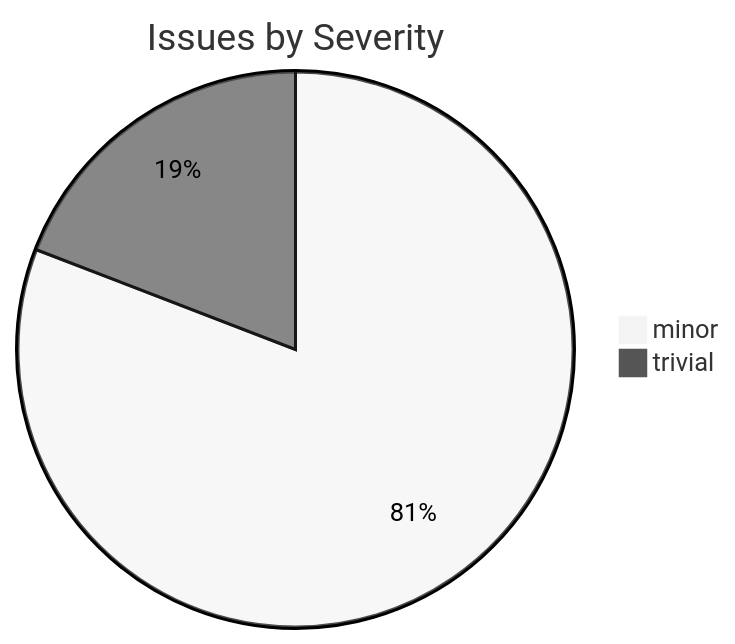
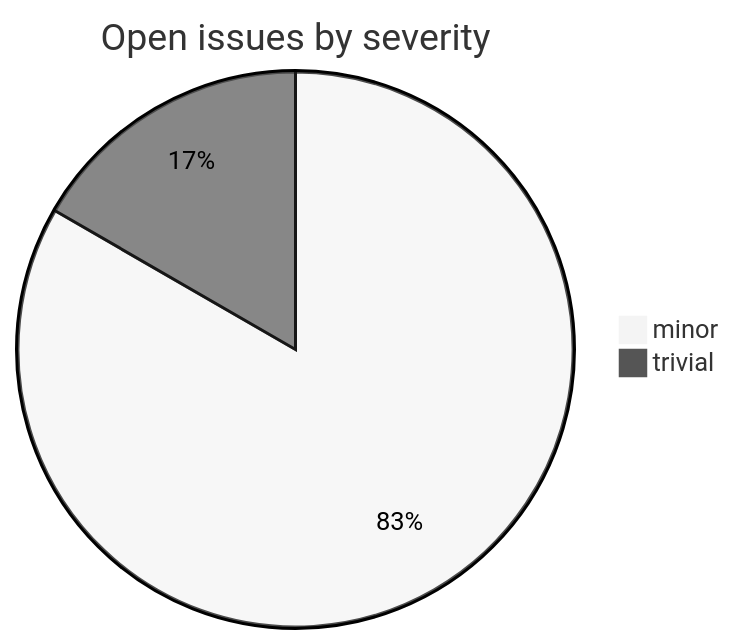
The second of 2 diagrams in README.md (sanskrit-lexicon/MWinflect), drawn with Mermaid (neutral theme) before and after one commit. The commit also changed other lines of this file, not shown here.

````diff
--- a/README.md
+++ b/README.md
@@ -25,5 +37,5 @@
 ```mermaid
-pie title Issues by Severity
-    "minor" : 38
-    "trivial" : 9
+pie title Open issues by severity
+    "minor" : 40
+    "trivial" : 8
 ```
````
